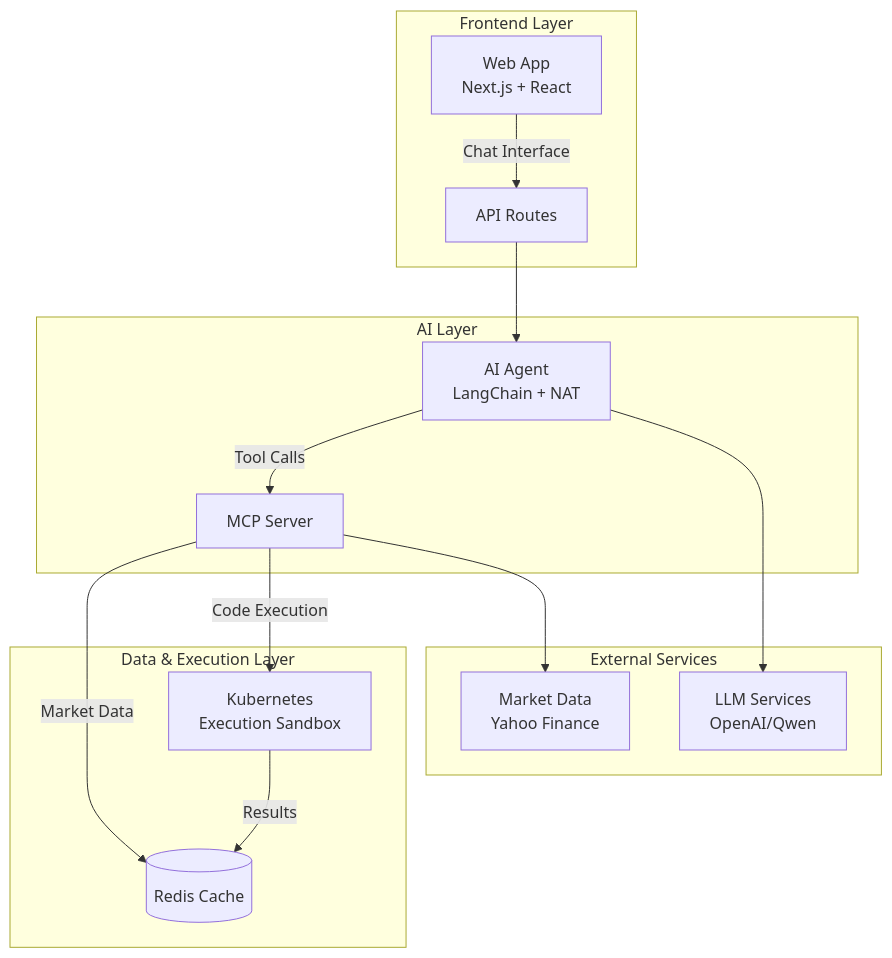
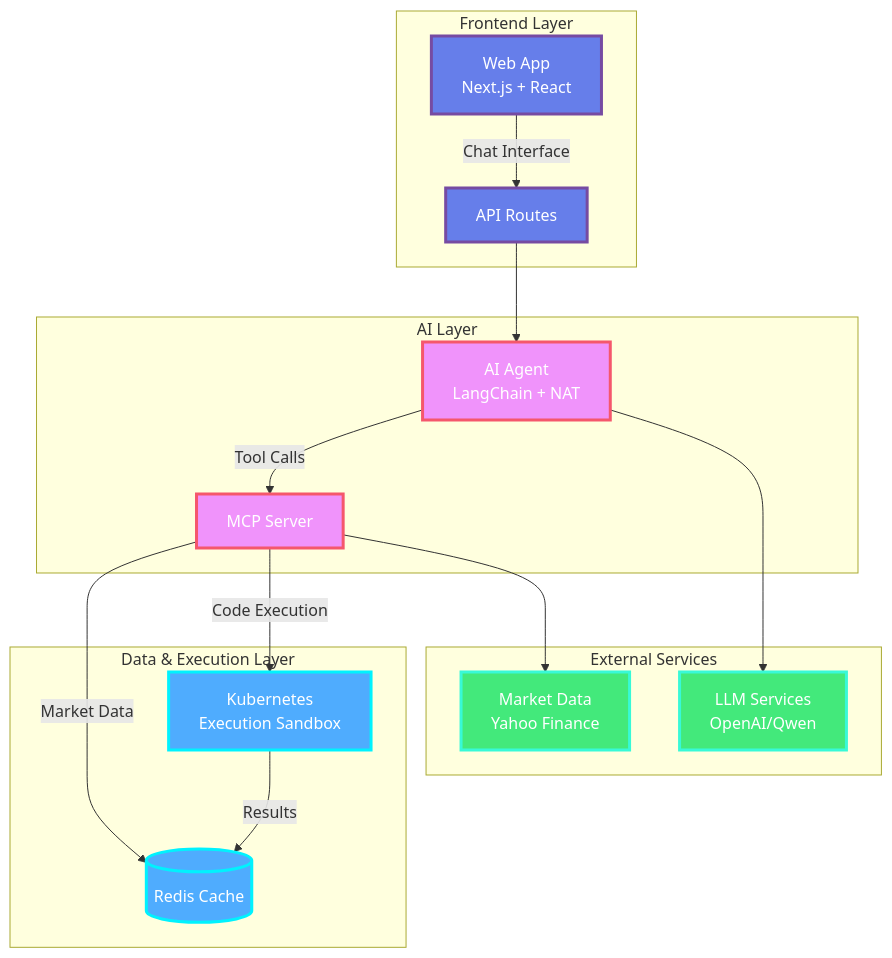
The first of 2 diagrams in README.md (nlpquant/AgentQuant), drawn with Mermaid before and after one commit. The commit also changed other lines of this file, not shown here.

Commit message:
Update mermaid

````diff
--- a/README.md
+++ b/README.md
@@ -39,27 +39,37 @@
 ```mermaid
 graph TB
     subgraph "Frontend Layer"
         UI[Web App<br/>Next.js + React]
         UI --> |Chat Interface| API[API Routes]
     end
     
     subgraph "AI Layer"
         AGENT[AI Agent<br/>LangChain + NAT]
         AGENT --> |Tool Calls| MCP[MCP Server]
     end
     
     subgraph "Data & Execution Layer"
         MCP --> |Market Data| REDIS[(Redis Cache)]
         MCP --> |Code Execution| K8S[Kubernetes<br/>Execution Sandbox]
         K8S --> |Results| REDIS
     end
     
     subgraph "External Services"
         MARKET[Market Data<br/>Yahoo Finance]
         LLM[LLM Services<br/>OpenAI/Qwen]
     end
     
     API --> AGENT
     AGENT --> LLM
     MCP --> MARKET
+    
+    classDef frontend fill:#667eea,stroke:#764ba2,stroke-width:3px,color:#fff
+    classDef ai fill:#f093fb,stroke:#f5576c,stroke-width:3px,color:#fff
+    classDef data fill:#4facfe,stroke:#00f2fe,stroke-width:3px,color:#fff
+    classDef external fill:#43e97b,stroke:#38f9d7,stroke-width:3px,color:#fff
+    
+    class UI,API frontend
+    class AGENT,MCP ai
+    class REDIS,K8S data
+    class MARKET,LLM external
 ```
````
